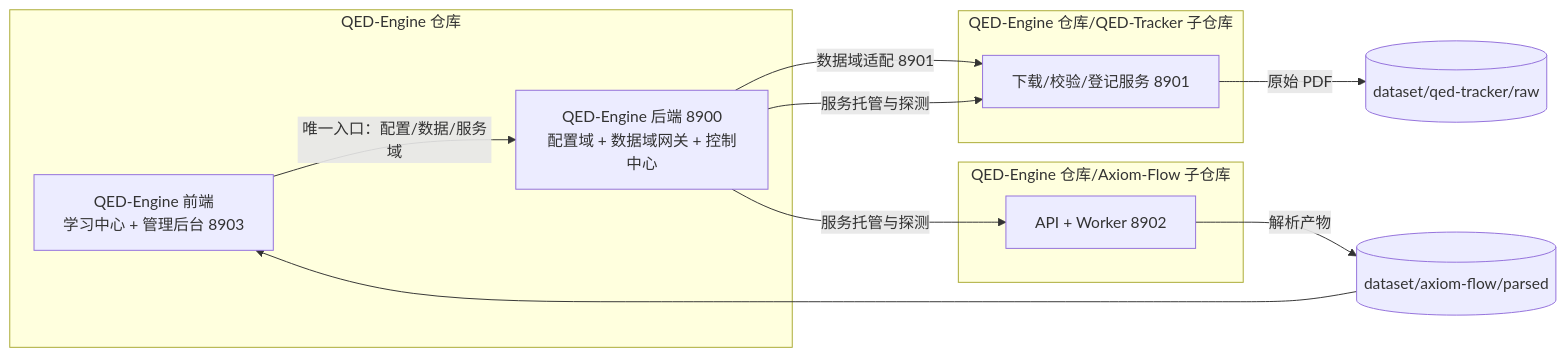
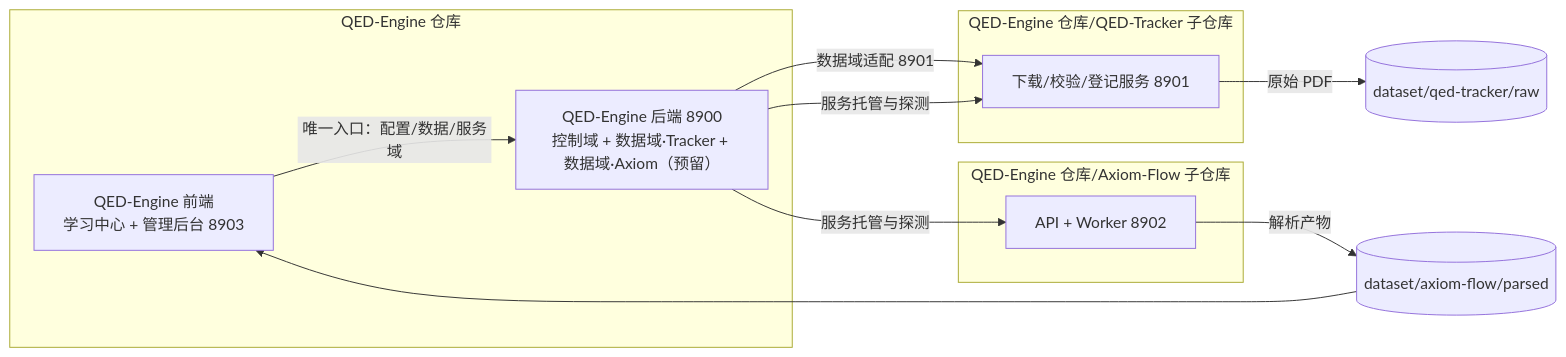
Before and after one commit to swfswf1234/QED-Engine: the diagram in docs/architecture/four-service-architecture.md, drawn with Mermaid. The commit also changed other lines of this file and 52 other files, not shown here.

````diff
--- a/docs/architecture/four-service-architecture.md
+++ b/docs/architecture/four-service-architecture.md
@@ -14,21 +14,21 @@
 ```mermaid
 flowchart LR
     subgraph Root[QED-Engine 仓库]
         FE[QED-Engine 前端<br/>学习中心 + 管理后台 8903]
-        CC[QED-Engine 后端 8900<br/>配置域 + 数据域网关 + 控制中心]
+        CC[QED-Engine 后端 8900<br/>控制域 + 数据域·Tracker + 数据域·Axiom（预留）]
     end
     subgraph AF[QED-Engine 仓库/Axiom-Flow 子仓库]
         A[API + Worker 8902]
     end
     subgraph TR[QED-Engine 仓库/QED-Tracker 子仓库]
         T[下载/校验/登记服务 8901]
     end
 
     FE -->|唯一入口：配置/数据/服务域| CC
     CC -->|数据域适配 8901| T
     CC -->|服务托管与探测| T
     CC -->|服务托管与探测| A
     T -->|原始 PDF| R[(dataset/qed-tracker/raw)]
     A -->|解析产物| P[(dataset/axiom-flow/parsed)]
     P --> FE
 ```
````
